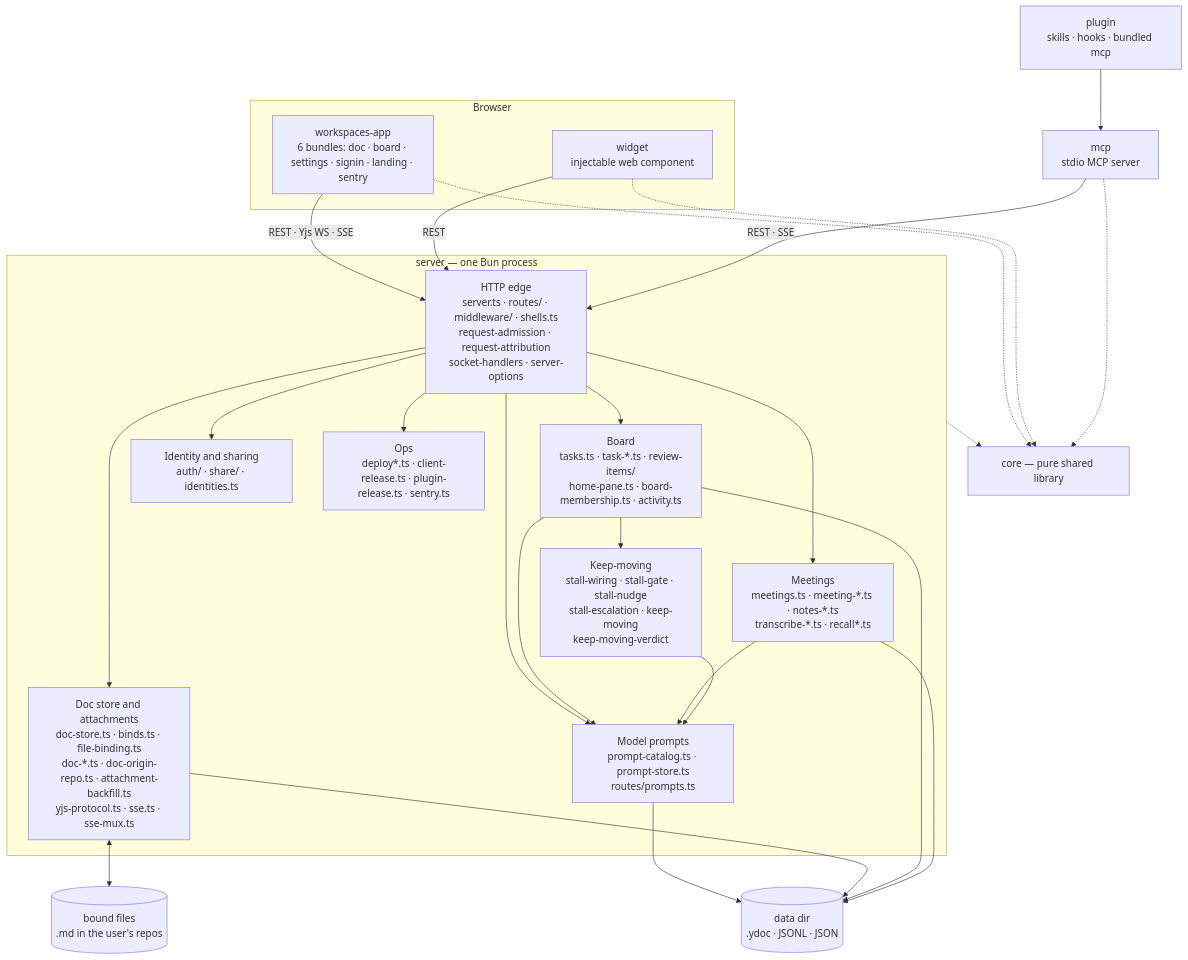
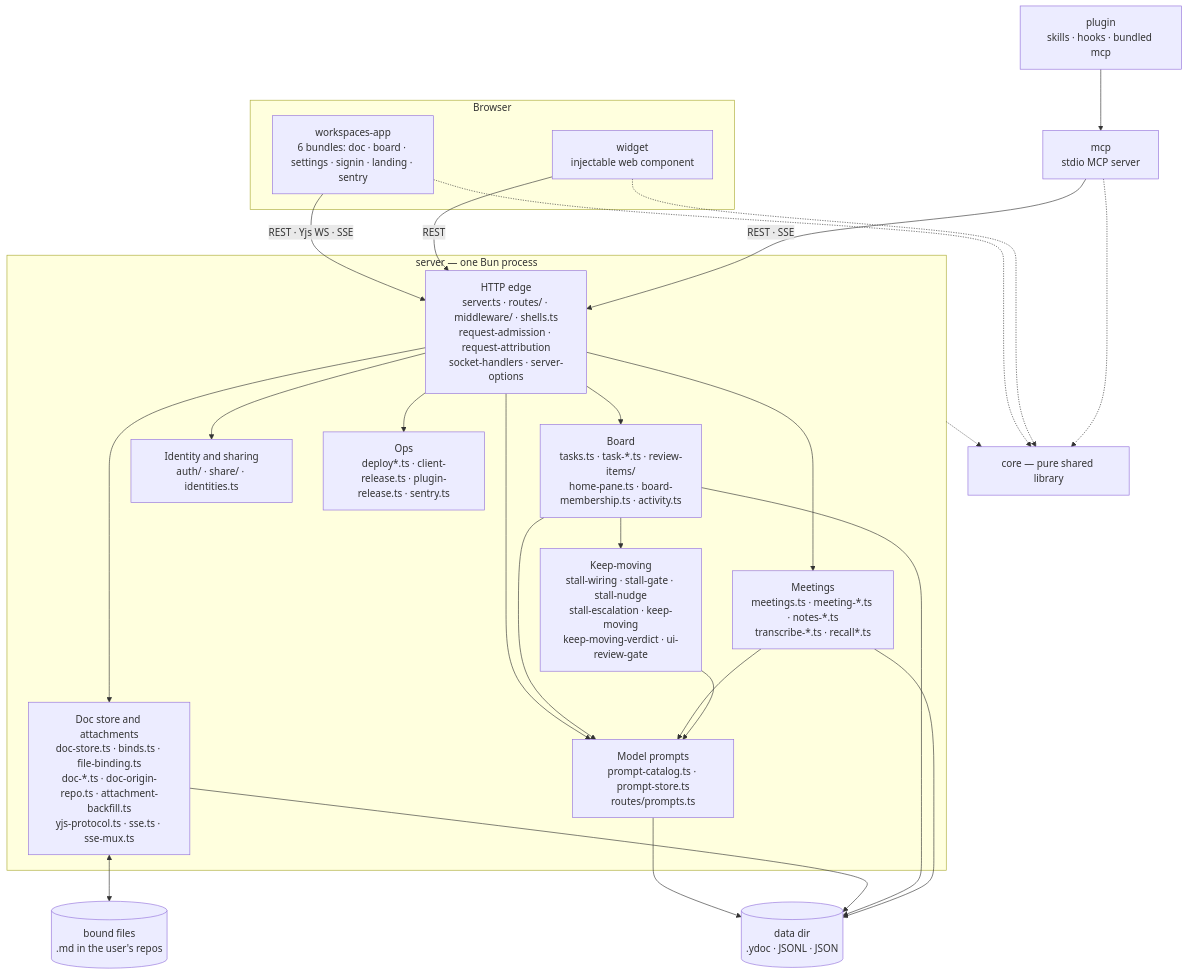
Before and after one commit to fryanpan/claude-workspaces-plugin: the first of 2 diagrams in docs/architecture/overview.md, drawn with Mermaid. The commit also changed other lines of this file and 17 other files, not shown here.

````diff
--- a/docs/architecture/overview.md
+++ b/docs/architecture/overview.md
@@ -45,35 +45,35 @@
 ```mermaid
 flowchart TB
   subgraph browser[Browser]
     app["workspaces-app<br/>6 bundles: doc · board · settings · signin · landing · sentry"]
     wid["widget<br/>injectable web component"]
   end
   plug["plugin<br/>skills · hooks · bundled mcp"]
   mcp["mcp<br/>stdio MCP server"]
   subgraph srv["server — one Bun process"]
     edge["HTTP edge<br/>server.ts · routes/ · middleware/ · shells.ts<br/>request-admission · request-attribution<br/>socket-handlers · server-options"]
     docs["Doc store and attachments<br/>doc-store.ts · binds.ts · file-binding.ts<br/>doc-*.ts · doc-origin-repo.ts · attachment-backfill.ts<br/>yjs-protocol.ts · sse.ts · sse-mux.ts"]
     board["Board<br/>tasks.ts · task-*.ts · review-items/<br/>home-pane.ts · board-membership.ts · activity.ts"]
     meet["Meetings<br/>meetings.ts · meeting-*.ts · notes-*.ts<br/>transcribe-*.ts · recall*.ts"]
-    keep["Keep-moving<br/>stall-wiring · stall-gate · stall-nudge<br/>stall-escalation · keep-moving<br/>keep-moving-verdict"]
+    keep["Keep-moving<br/>stall-wiring · stall-gate · stall-nudge<br/>stall-escalation · keep-moving<br/>keep-moving-verdict · ui-review-gate"]
     ident["Identity and sharing<br/>auth/ · share/ · identities.ts"]
     prompts["Model prompts<br/>prompt-catalog.ts · prompt-store.ts<br/>routes/prompts.ts"]
     ops["Ops<br/>deploy*.ts · client-release.ts · plugin-release.ts · sentry.ts"]
   end
   core["core — pure shared library"]
   disk[("data dir<br/>.ydoc · JSONL · JSON")]
   files[("bound files<br/>.md in the user's repos")]
 
   app -->|"REST · Yjs WS · SSE"| edge
   wid -->|REST| edge
   plug --> mcp
   mcp -->|"REST · SSE"| edge
   edge --> docs & board & meet & ident & ops & prompts
   board & meet & keep --> prompts
   prompts --> disk
   board --> keep
   docs <--> files
   docs & board & meet --> disk
   app & wid & mcp -.-> core
   srv -.-> core
 ```
````
